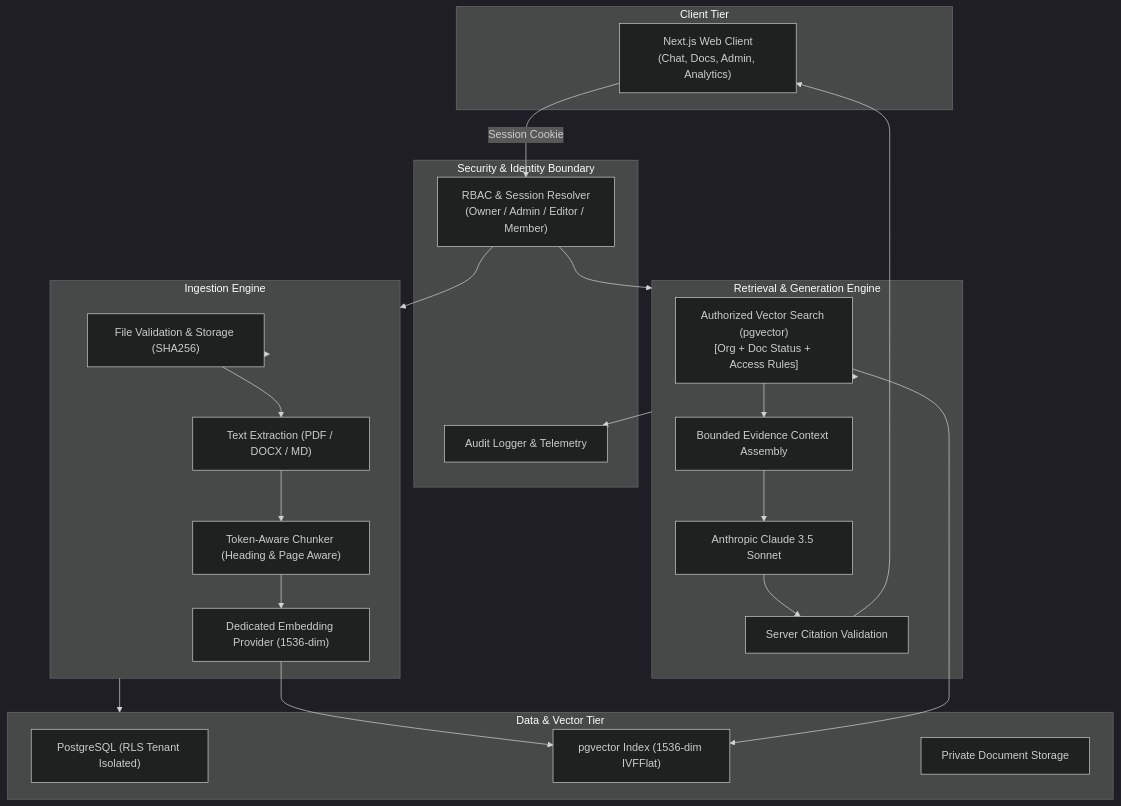
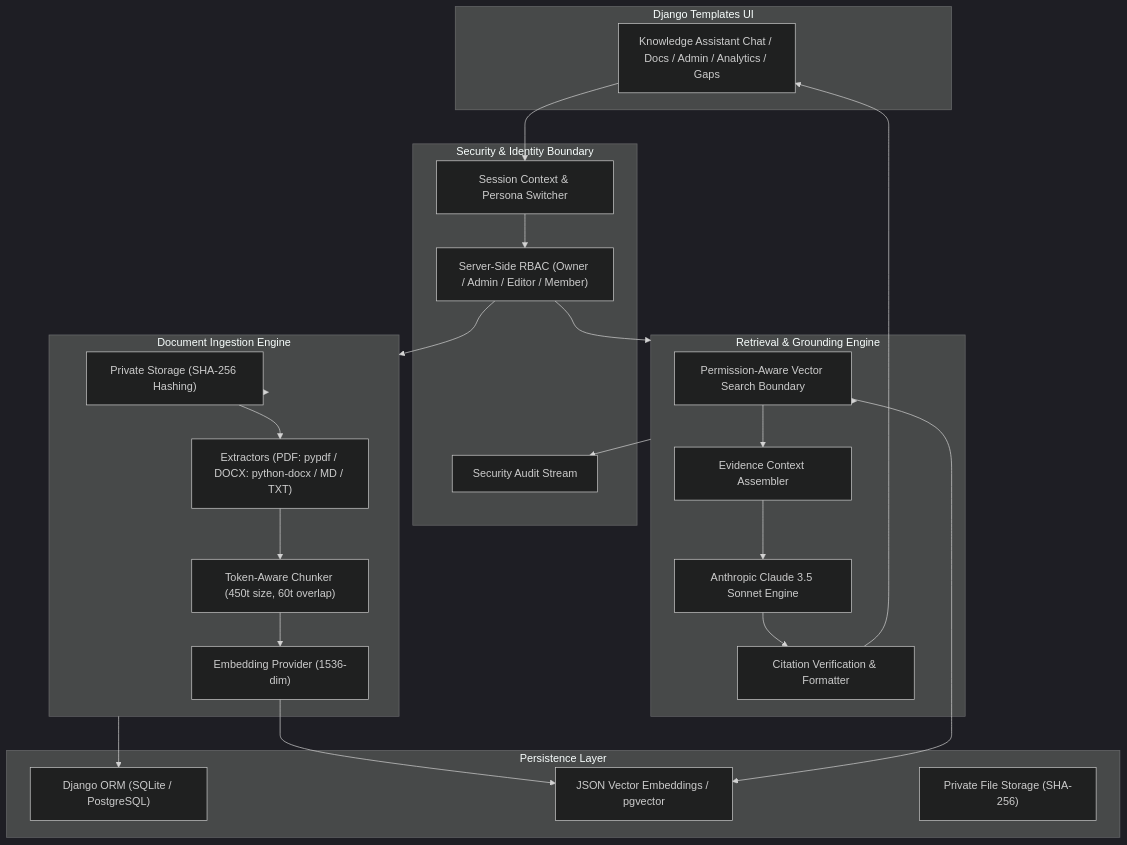
The diagram in README.md (KalminX/internal_knowledge_hub), drawn with Mermaid (dark theme) before and after one commit. The commit also changed other lines of this file and 164 other files, not shown here.

Commit message:
feat: implement Secure Internal Knowledge Hub RAG MVP with Django and Django Templates

````diff
--- a/README.md
+++ b/README.md
@@ -50,40 +49,41 @@
 ```mermaid
 flowchart TD
-    subgraph Client["Client Tier"]
-        UI["Next.js Web Client\n(Chat, Docs, Admin, Analytics)"]
+    subgraph Client["Django Templates UI"]
+        UI["Knowledge Assistant Chat / Docs / Admin / Analytics / Gaps"]
     end
 
-    subgraph AuthBoundary["Security & Identity Boundary"]
-        RBAC["RBAC & Session Resolver\n(Owner / Admin / Editor / Member)"]
-        Audit["Audit Logger & Telemetry"]
+    subgraph SecurityGateway["Security & Identity Boundary"]
+        Session["Session Context & Persona Switcher"]
+        RBAC["Server-Side RBAC (Owner / Admin / Editor / Member)"]
+        Audit["Security Audit Stream"]
     end
 
-    subgraph Ingestion["Ingestion Engine"]
-        Val["File Validation & Storage (SHA256)"]
-        Extract["Text Extraction (PDF / DOCX / MD)"]
-        Chunker["Token-Aware Chunker (Heading & Page Aware)"]
-        Embedder["Dedicated Embedding Provider (1536-dim)"]
+    subgraph IngestionEngine["Document Ingestion Engine"]
+        Storage["Private Storage (SHA-256 Hashing)"]
+        Parser["Extractors (PDF: pypdf / DOCX: python-docx / MD / TXT)"]
+        Chunker["Token-Aware Chunker (450t size, 60t overlap)"]
+        Embedder["Embedding Provider (1536-dim)"]
     end
 
-    subgraph RAG["Retrieval & Generation Engine"]
-        Retriever["Authorized Vector Search (pgvector)\n[Org + Doc Status + Access Rules]"]
-        Context["Bounded Evidence Context Assembly"]
-        LLM["Anthropic Claude 3.5 Sonnet"]
-        Citations["Server Citation Validation"]
+    subgraph RetrievalGeneration["Retrieval & Grounding Engine"]
+        Retriever["Permission-Aware Vector Search Boundary"]
+        Context["Evidence Context Assembler"]
+        Claude["Anthropic Claude 3.5 Sonnet Engine"]
+        CitationValidator["Citation Verification & Formatter"]
     end
 
-    subgraph StorageTier["Data & Vector Tier"]
-        PG["PostgreSQL (RLS Tenant Isolated)"]
-        VectorDB["pgvector Index (1536-dim IVFFlat)"]
-        PrivateBucket["Private Document Storage"]
+    subgraph StorageTier["Persistence Layer"]
+        DB["Django ORM (SQLite / PostgreSQL)"]
+        VectorData["JSON Vector Embeddings / pgvector"]
+        PrivateBucket["Private File Storage (SHA-256)"]
     end
 
-    UI -->|Session Cookie| RBAC
-    RBAC --> Ingestion
-    RBAC --> RAG
-    Ingestion --> Val --> Extract --> Chunker --> Embedder --> VectorDB
-    Ingestion --> StorageTier
-    RAG --> Retriever --> VectorDB
-    Retriever --> Context --> LLM --> Citations --> UI
-    RAG --> Audit
+    UI --> Session --> RBAC
+    RBAC --> IngestionEngine
+    RBAC --> RetrievalGeneration
+    IngestionEngine --> Storage --> Parser --> Chunker --> Embedder --> VectorData
+    IngestionEngine --> DB
+    RetrievalGeneration --> Retriever --> VectorData
+    Retriever --> Context --> Claude --> CitationValidator --> UI
+    RetrievalGeneration --> Audit
 ```
````
